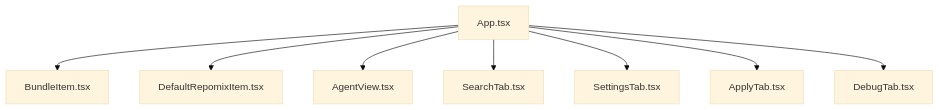
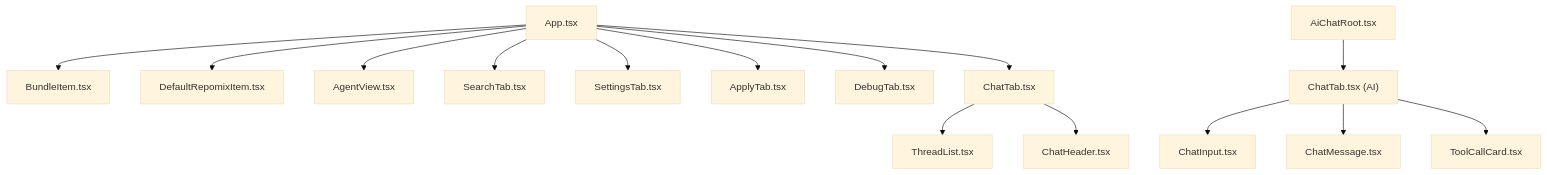
One commit to bramburn/repomix-runner changed the sixth of 10 diagrams in .qoder/repowiki/en/content/Webview Interface/Webview Interface.md. Above: the diagram before and after it, drawn with Mermaid (base theme). The commit also changed other lines of this file and 19 other files, not shown here.

````diff
--- a/.qoder/repowiki/en/content/Webview Interface/Webview Interface.md
+++ b/.qoder/repowiki/en/content/Webview Interface/Webview Interface.md
@@ -329,18 +407,33 @@
 ```mermaid
 graph TB
 APP["App.tsx"]
+AICHROOT["AiChatRoot.tsx"]
 BUNDLE["BundleItem.tsx"]
 DEFAULT["DefaultRepomixItem.tsx"]
 AGENT["AgentView.tsx"]
 SEARCH["SearchTab.tsx"]
 SETTINGS["SettingsTab.tsx"]
 APPLY["ApplyTab.tsx"]
 DEBUG["DebugTab.tsx"]
+CHAT["ChatTab.tsx"]
+THREADLIST["ThreadList.tsx"]
+CHATHEADER["ChatHeader.tsx"]
+AICHCHAT["ChatTab.tsx (AI)"]
+AICHINPUT["ChatInput.tsx"]
+AICHMESSAGE["ChatMessage.tsx"]
+AICHTOOL["ToolCallCard.tsx"]
 APP --> BUNDLE
 APP --> DEFAULT
 APP --> AGENT
 APP --> SEARCH
 APP --> SETTINGS
 APP --> APPLY
 APP --> DEBUG
+APP --> CHAT
+CHAT --> THREADLIST
+CHAT --> CHATHEADER
+AICHROOT --> AICHCHAT
+AICHCHAT --> AICHINPUT
+AICHCHAT --> AICHMESSAGE
+AICHCHAT --> AICHTOOL
 ```
````
